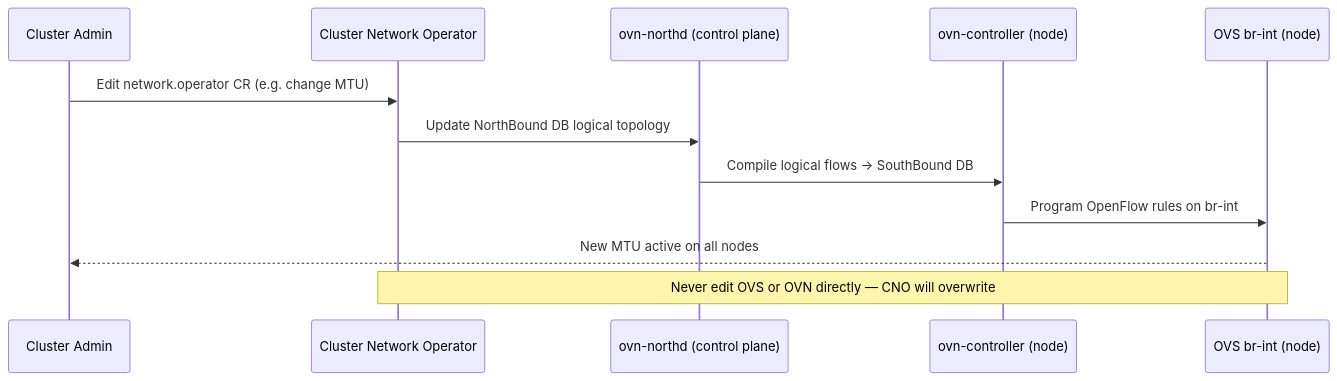
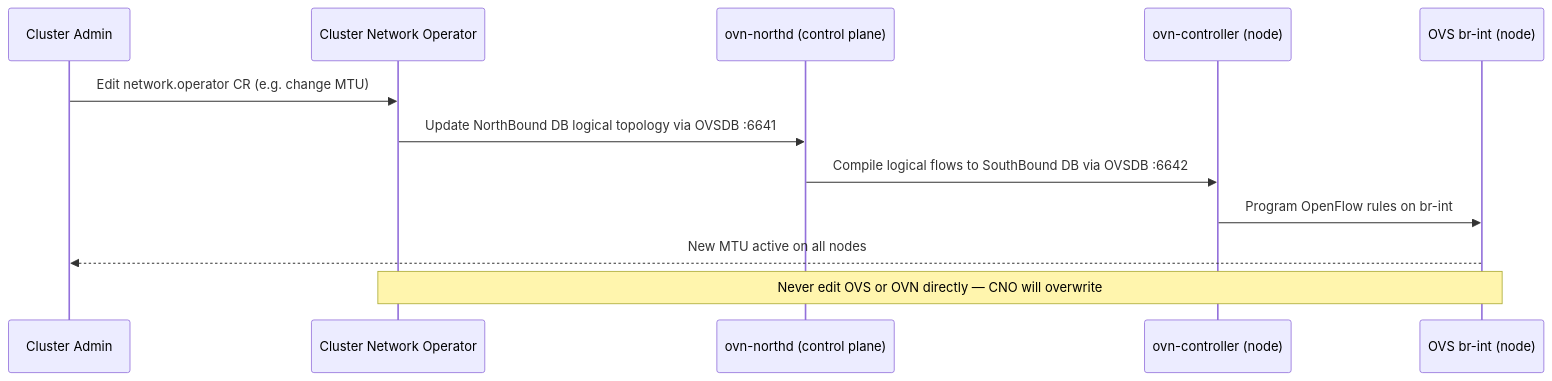
One commit to MykolaLebid/Kubernetes_networking_engineering changed the third of 3 diagrams in lessons/25-openshift-networking-overview.md. Above: the diagram before and after it, drawn with Mermaid. The commit also changed other lines of this file and 35 other files, not shown here.

First line of the commit message:
Restructure all 34 lessons: Theory/Practice split, richer diagrams, industry examples, navigation

````diff
--- a/lessons/25-openshift-networking-overview.md
+++ b/lessons/25-openshift-networking-overview.md
@@ -96,15 +78,15 @@
 ```mermaid
 sequenceDiagram
     participant Admin as Cluster Admin
     participant CNO as Cluster Network Operator
     participant OVN_N as ovn-northd (control plane)
     participant OVN_C as ovn-controller (node)
     participant OVS as OVS br-int (node)
 
     Admin->>CNO: Edit network.operator CR (e.g. change MTU)
-    CNO->>OVN_N: Update NorthBound DB logical topology
-    OVN_N->>OVN_C: Compile logical flows → SouthBound DB
+    CNO->>OVN_N: Update NorthBound DB logical topology via OVSDB :6641
+    OVN_N->>OVN_C: Compile logical flows to SouthBound DB via OVSDB :6642
     OVN_C->>OVS: Program OpenFlow rules on br-int
     OVS-->>Admin: New MTU active on all nodes
     Note over CNO,OVS: Never edit OVS or OVN directly — CNO will overwrite
 ```
````
